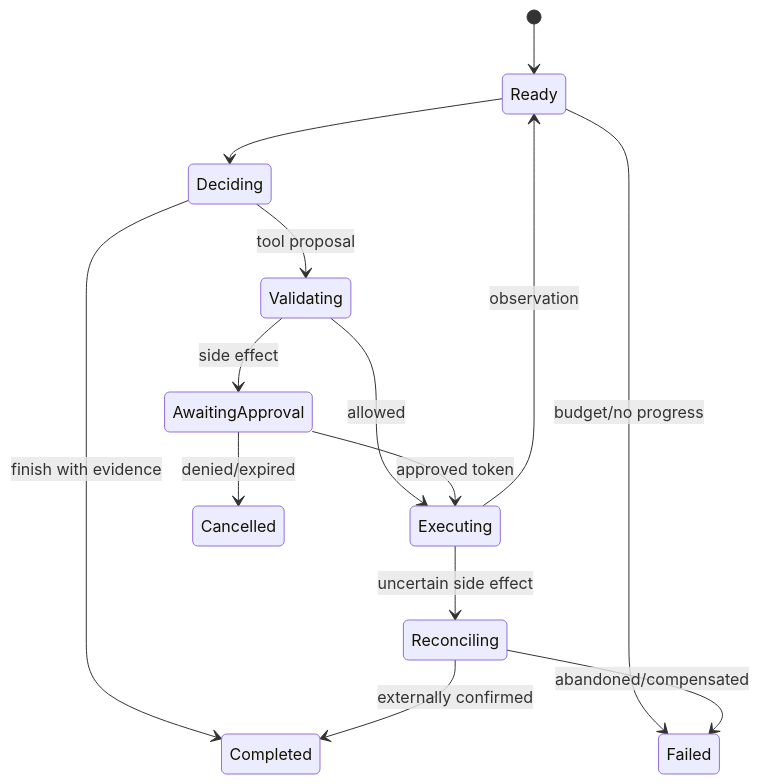
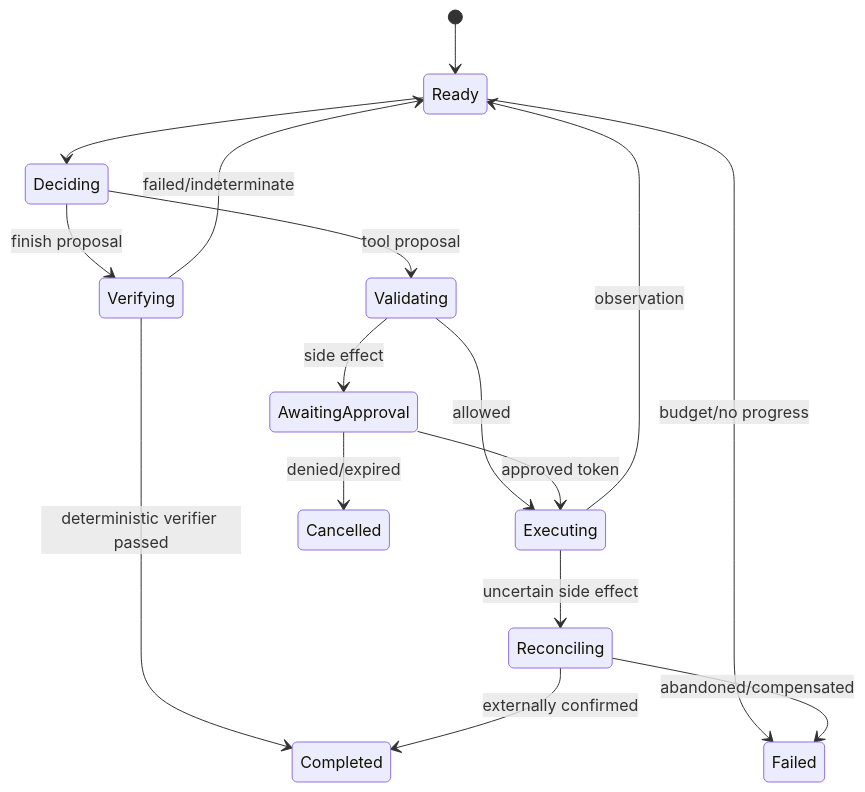
The diagram in docs/applications/agent-architecture.md (NightLemon/about-llm), drawn with Mermaid before and after one commit. The commit also changed other lines of this file and 384 other files, not shown here.

````diff
--- a/docs/applications/agent-architecture.md
+++ b/docs/applications/agent-architecture.md
@@ -28,16 +28,18 @@
 ```mermaid
 stateDiagram-v2
   [*] --> Ready
   Ready --> Deciding
   Deciding --> Validating: tool proposal
   Validating --> AwaitingApproval: side effect
   Validating --> Executing: allowed
   AwaitingApproval --> Executing: approved token
   AwaitingApproval --> Cancelled: denied/expired
   Executing --> Ready: observation
   Executing --> Reconciling: uncertain side effect
-  Deciding --> Completed: finish with evidence
+  Deciding --> Verifying: finish proposal
+  Verifying --> Completed: deterministic verifier passed
+  Verifying --> Ready: failed/indeterminate
   Ready --> Failed: budget/no progress
   Reconciling --> Completed: externally confirmed
   Reconciling --> Failed: abandoned/compensated
 ```
````
